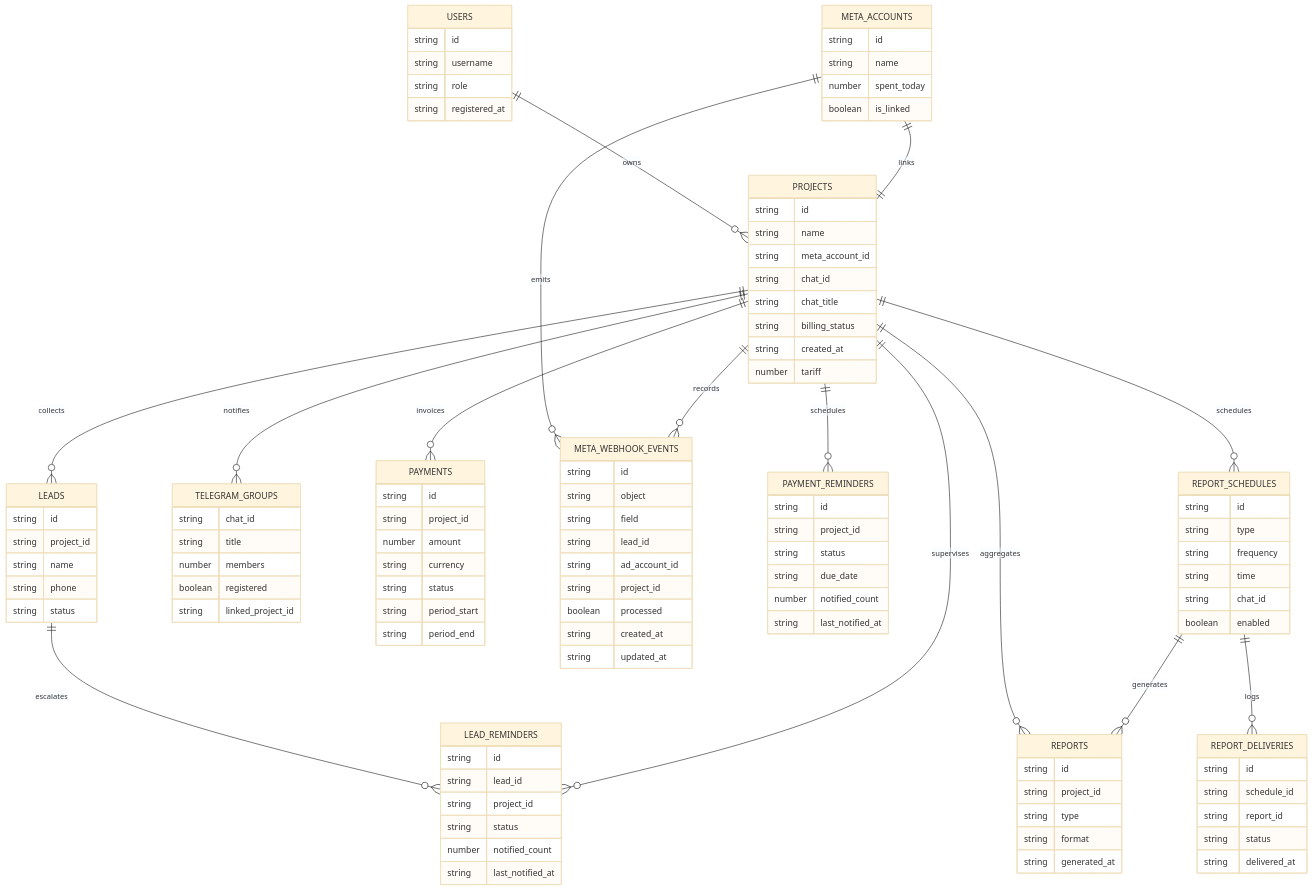
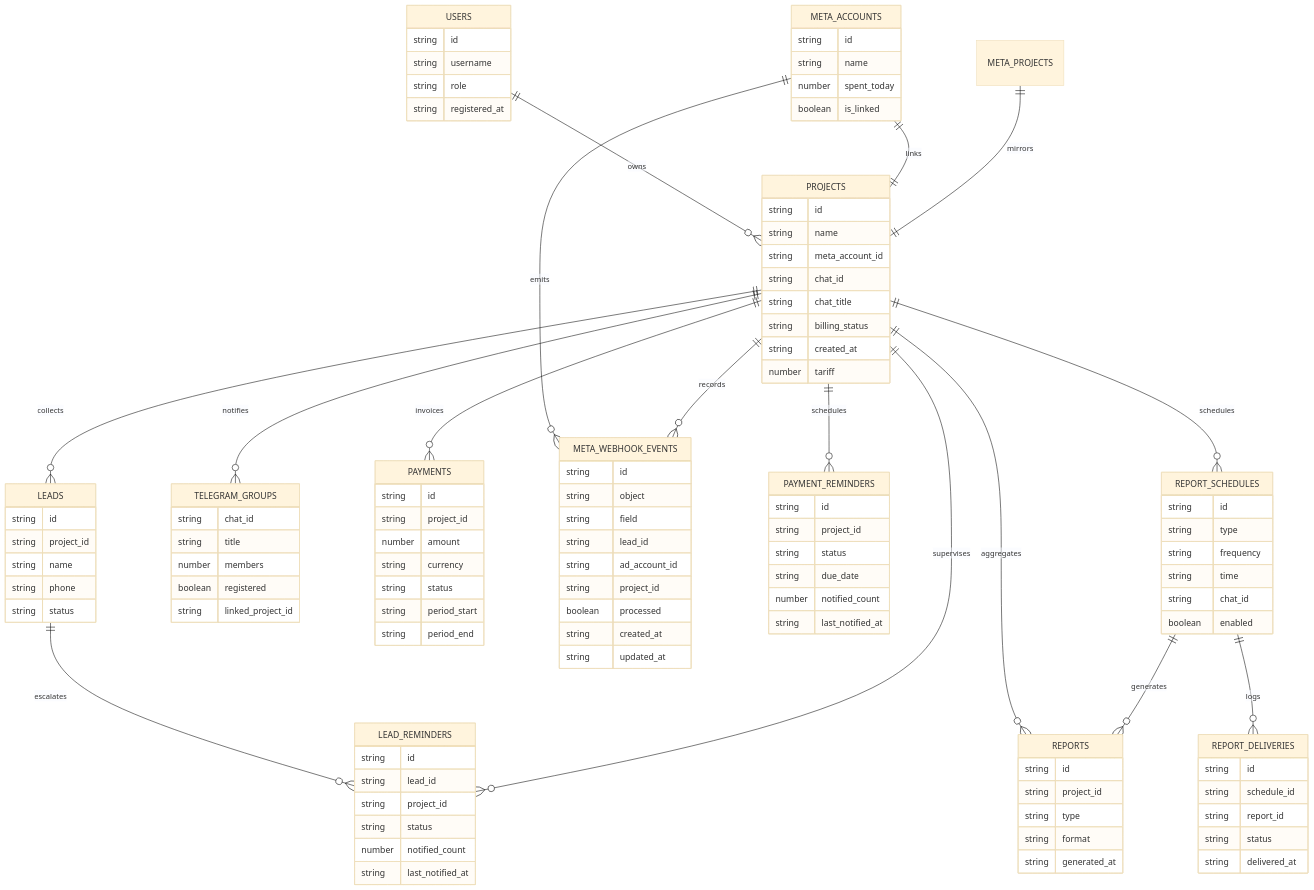
One commit to buyclientuz-pixel/targetbot changed the third of 3 diagrams in README.md. Above: the diagram before and after it, drawn with Mermaid (base theme). The commit also changed other lines of this file and 2 other files, not shown here.

```diff
--- a/README.md
+++ b/README.md
@@ -147,6 +147,7 @@
     USERS ||--o{ PROJECTS : owns
     PROJECTS ||--o{ LEADS : collects
     META_ACCOUNTS ||--|| PROJECTS : links
+    META_PROJECTS ||--|| PROJECTS : mirrors
     PROJECTS ||--o{ TELEGRAM_GROUPS : notifies
     PROJECTS ||--o{ PAYMENTS : invoices
     META_ACCOUNTS ||--o{ META_WEBHOOK_EVENTS : emits
```
